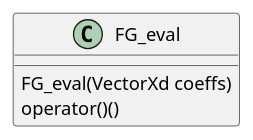
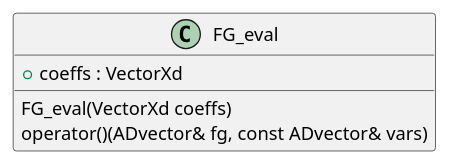
The diagram in NOTES.org (kkweon/CarND-MPC-Project), drawn with PlantUML before and after one commit. The commit also changed other lines of this file and 1 other file, not shown here.

```diff
--- a/NOTES.org
+++ b/NOTES.org
@@ -115,6 +116,7 @@
 #+BEGIN_SRC plantuml :exports results :file images/classdiagram.png :mkdirp yes
 class FG_eval {
+  + coeffs : VectorXd
   FG_eval(VectorXd coeffs)
-  operator()()
+  operator()(ADvector& fg, const ADvector& vars)
 }
 #+END_SRC
```
